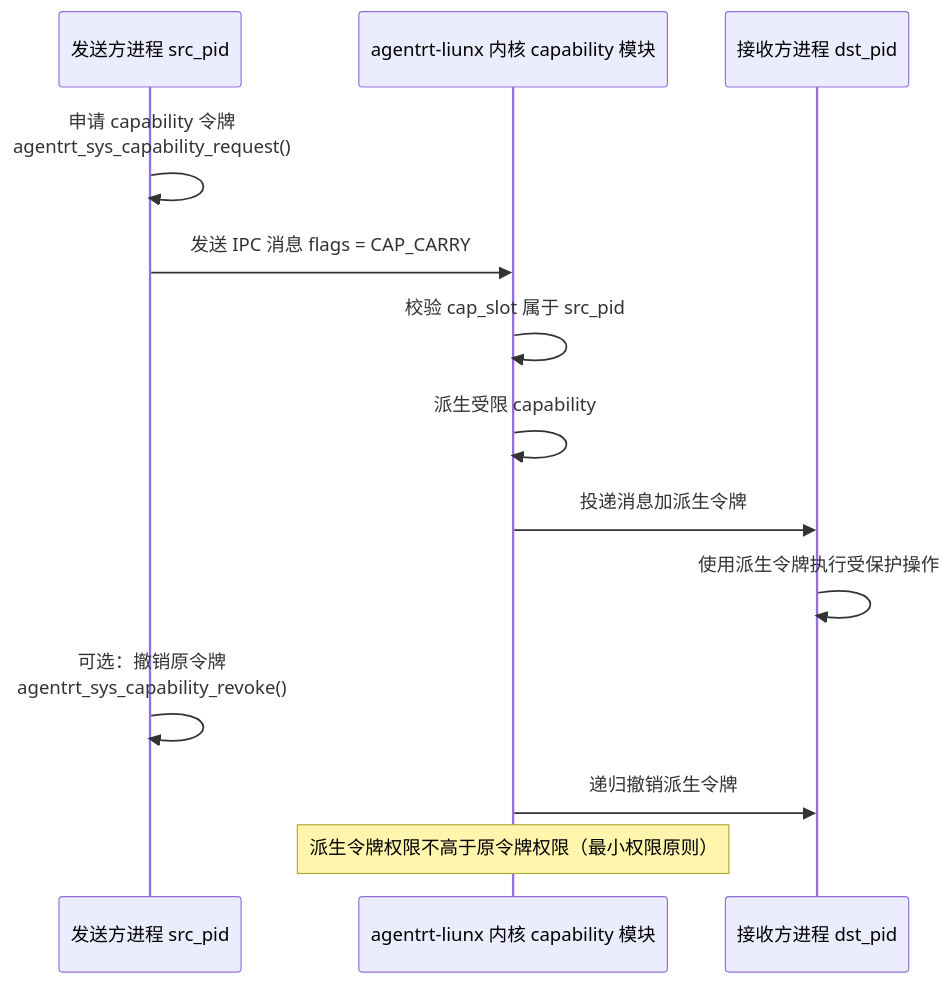
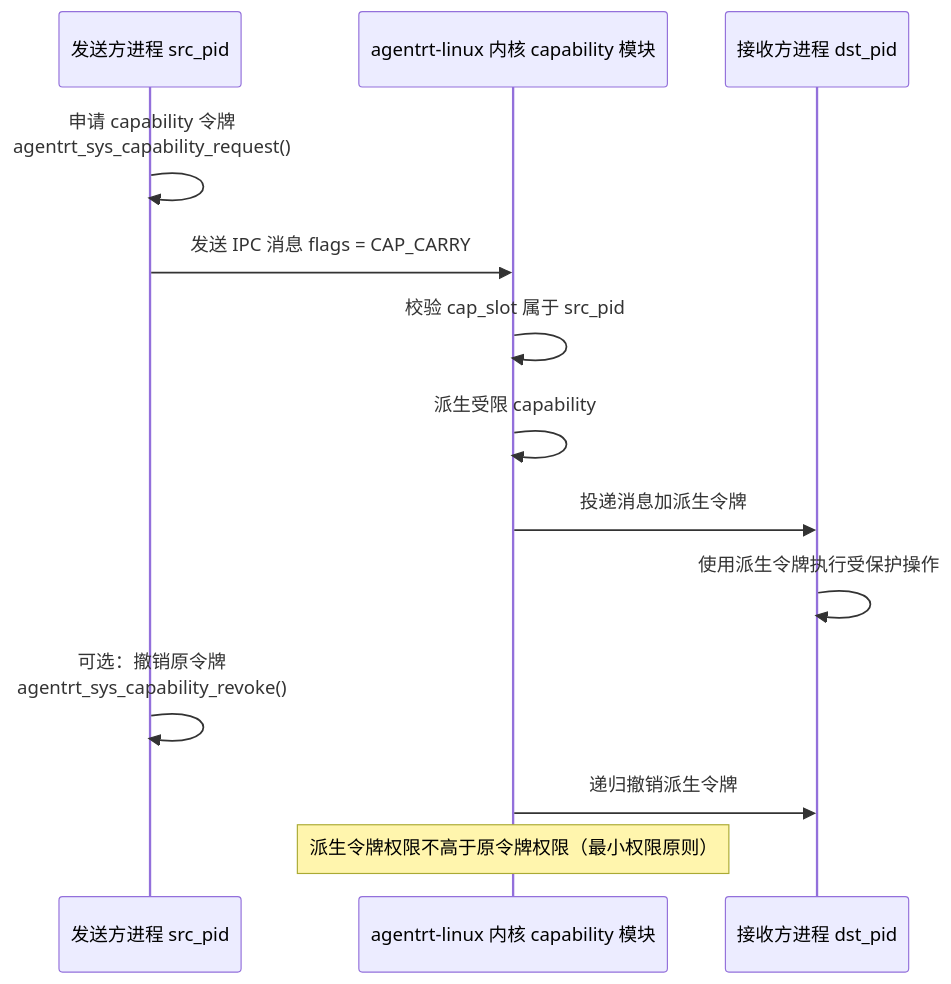
The second of 2 diagrams in AirymaxOS/50-engineering-standards/20-contracts/ipc_protocol_contract.md (SpharxTeam/Docs), drawn with Mermaid before and after one commit. The commit also changed other lines of this file and 132 other files, not shown here.

````diff
--- a/AirymaxOS/50-engineering-standards/20-contracts/ipc_protocol_contract.md
+++ b/AirymaxOS/50-engineering-standards/20-contracts/ipc_protocol_contract.md
@@ -230,17 +230,17 @@
 ```mermaid
 sequenceDiagram
     participant S as 发送方进程 src_pid
-    participant K as agentrt-liunx 内核 capability 模块
+    participant K as agentrt-linux 内核 capability 模块
     participant R as 接收方进程 dst_pid
 
     S->>S: 申请 capability 令牌<br/>agentrt_sys_capability_request()
     S->>K: 发送 IPC 消息 flags = CAP_CARRY
     K->>K: 校验 cap_slot 属于 src_pid
     K->>K: 派生受限 capability
     K->>R: 投递消息加派生令牌
     R->>R: 使用派生令牌执行受保护操作
     S->>S: 可选：撤销原令牌<br/>agentrt_sys_capability_revoke()
     K->>R: 递归撤销派生令牌
 
     Note over K: 派生令牌权限不高于原令牌权限（最小权限原则）
 ```
````
